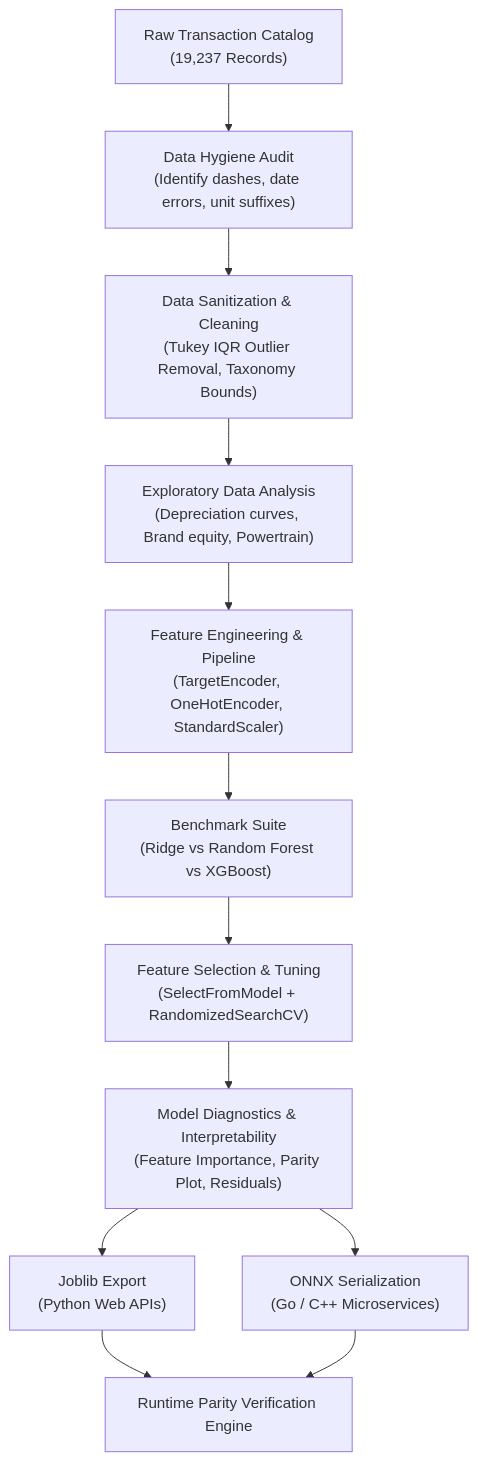
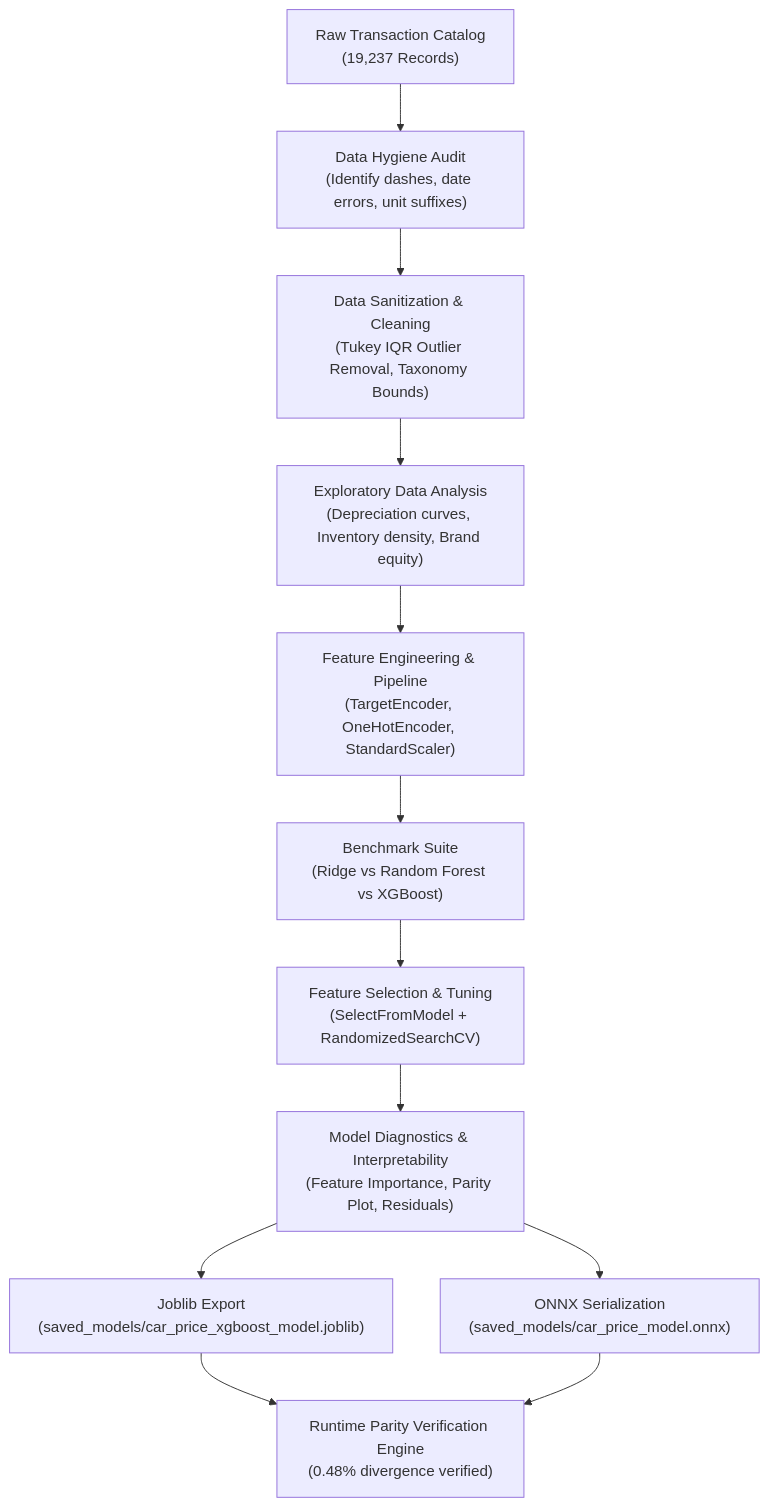
One commit to jaluprayoga/car_price_prediction changed the diagram in README.md. Above: the diagram before and after it, drawn with Mermaid. The commit also changed other lines of this file and 1 other file, not shown here.

Commit message:
docs: update README documentation and expand car price prediction notebook insights

````diff
--- a/README.md
+++ b/README.md
@@ -26,13 +28,13 @@
 ```mermaid
 flowchart TD
     A["Raw Transaction Catalog<br/>(19,237 Records)"] --> B["Data Hygiene Audit<br/>(Identify dashes, date errors, unit suffixes)"]
     B --> C["Data Sanitization & Cleaning<br/>(Tukey IQR Outlier Removal, Taxonomy Bounds)"]
+    C --> D["Exploratory Data Analysis<br/>(Depreciation curves, Inventory density, Brand equity)"]
     D --> E["Feature Engineering & Pipeline<br/>(TargetEncoder, OneHotEncoder, StandardScaler)"]
-    C --> D["Exploratory Data Analysis<br/>(Depreciation curves, Brand equity, Powertrain)"]
     E --> F["Benchmark Suite<br/>(Ridge vs Random Forest vs XGBoost)"]
     F --> G["Feature Selection & Tuning<br/>(SelectFromModel + RandomizedSearchCV)"]
     G --> H["Model Diagnostics & Interpretability<br/>(Feature Importance, Parity Plot, Residuals)"]
-    H --> I1["Joblib Export<br/>(Python Web APIs)"]
-    H --> I2["ONNX Serialization<br/>(Go / C++ Microservices)"]
-    I1 & I2 --> J["Runtime Parity Verification Engine"]
+    H --> I1["Joblib Export<br/>(saved_models/car_price_xgboost_model.joblib)"]
+    H --> I2["ONNX Serialization<br/>(saved_models/car_price_model.onnx)"]
+    I1 & I2 --> J["Runtime Parity Verification Engine<br/>(0.48% divergence verified)"]
 ```
````
